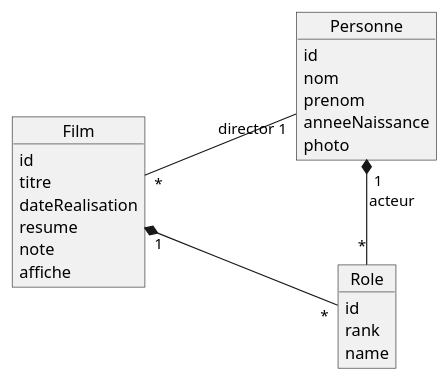
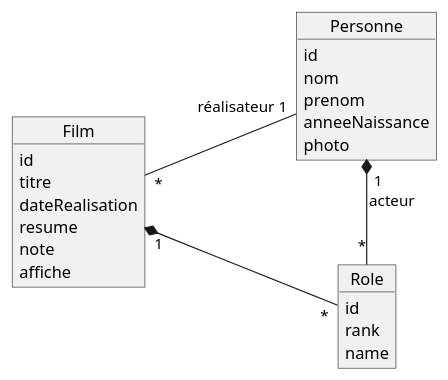
One commit to ldv-melun/spring-boot changed the diagram in src/docs/asciidoc/_ch02_jpa_intro.adoc. Above: the diagram before and after it, drawn with PlantUML. The commit also changed other lines of this file and 4 other files, not shown here.

Commit message:
Intro JPA : - modèle changement de director en realisateur - classe Film ajout de @GeneratedValue

```diff
--- a/src/docs/asciidoc/_ch02_jpa_intro.adoc
+++ b/src/docs/asciidoc/_ch02_jpa_intro.adoc
@@ -21,31 +21,31 @@
 [plantuml]
 ----
 left to right direction
 
 Object Film{
 id
 titre
 dateRealisation
 resume
 note
 affiche
 }
 Object Personne{
 id
 nom
 prenom
 anneeNaissance
 photo
 }
 
 Object Role {
 id
 rank
 name
 }
 
-Film "*" --- "director 1" Personne :"  "
+Film "*" --- "réalisateur 1" Personne :"  "
 Film "1" *- "*" Role
 Personne "1       \nacteur" *- "*" Role:"\n\n"
 
 ----
```
